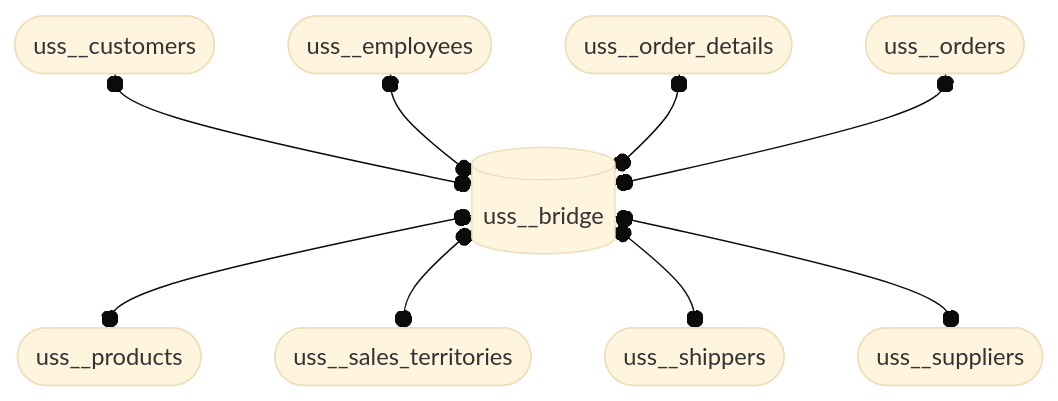
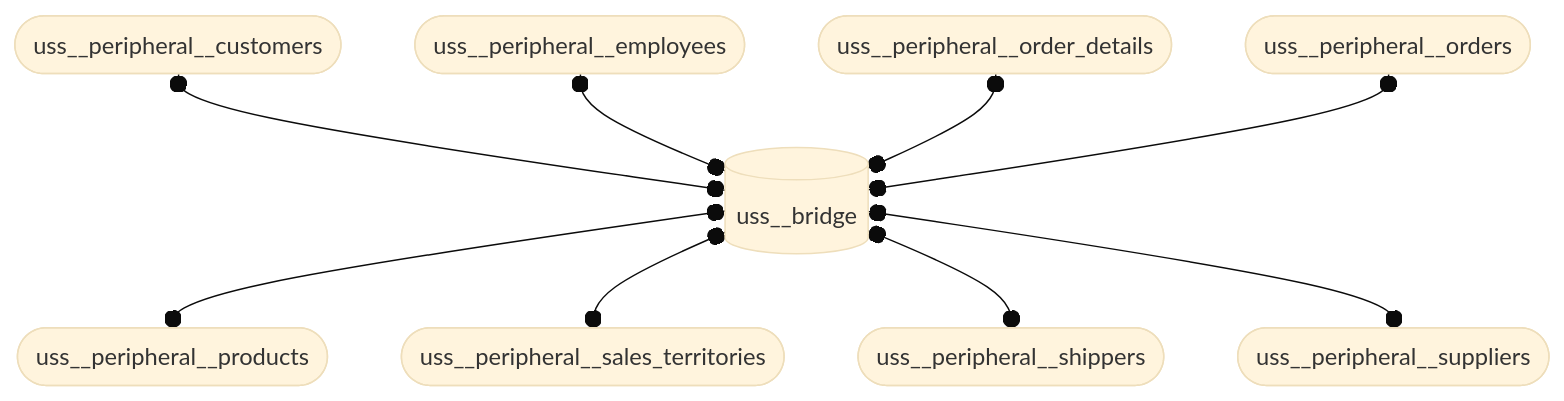
Before and after one commit to mattiasthalen/obsidian-insights: the fourth of 4 diagrams in README.md, drawn with Mermaid (base theme).

Commit message:
Update uss erd

````diff
--- a/README.md
+++ b/README.md
@@ -130,23 +130,23 @@
 ```mermaid
 flowchart TD
     uss__bridge[("uss__bridge")]
 
-    uss__customers(["uss__customers"])
-    uss__employees(["uss__employees"])
-    uss__order_details(["uss__order_details"])
-    uss__orders(["uss__orders"])
-    uss__products(["uss__products "])
-    uss__sales_territories(["uss__sales_territories"])
-    uss__shippers(["uss__shippers"])
-    uss__suppliers(["uss__suppliers"])
+    uss__peripheral__customers(["uss__peripheral__customers"])
+    uss__peripheral__employees(["uss__peripheral__employees"])
+    uss__peripheral__order_details(["uss__peripheral__order_details"])
+    uss__peripheral__orders(["uss__peripheral__orders"])
+    uss__peripheral__products(["uss__peripheral__products "])
+    uss__peripheral__sales_territories(["uss__peripheral__sales_territories"])
+    uss__peripheral__shippers(["uss__peripheral__shippers"])
+    uss__peripheral__suppliers(["uss__peripheral__suppliers"])
 
-    uss__customers o--o uss__bridge
-    uss__employees o--o uss__bridge
-    uss__order_details o--o uss__bridge
-    uss__orders o--o uss__bridge
+    uss__peripheral__customers o--o uss__bridge
+    uss__peripheral__employees o--o uss__bridge
+    uss__peripheral__order_details o--o uss__bridge
+    uss__peripheral__orders o--o uss__bridge
 
-    uss__bridge o--o uss__products 
-    uss__bridge o--o uss__sales_territories
-    uss__bridge o--o uss__shippers
-    uss__bridge o--o uss__suppliers
+    uss__bridge o--o uss__peripheral__products
+    uss__bridge o--o uss__peripheral__sales_territories
+    uss__bridge o--o uss__peripheral__shippers
+    uss__bridge o--o uss__peripheral__suppliers
 ```
````
